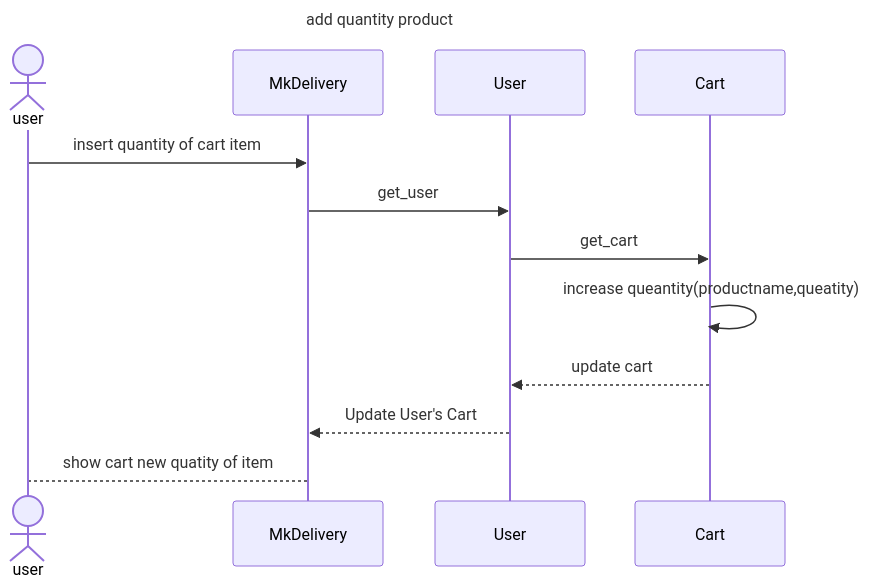
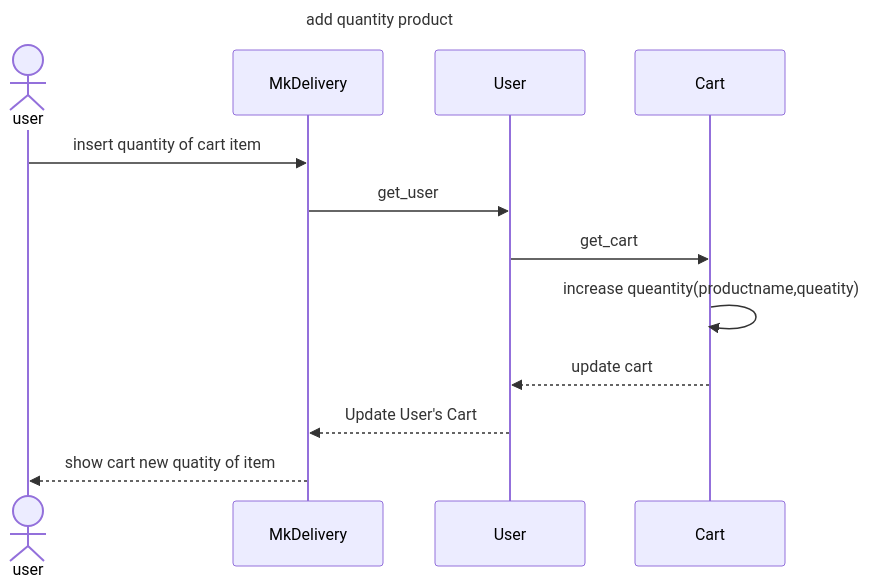
One commit to MxMhx/OOP_Project_MK_website changed the diagram in sequence_diag/cart/add quantity cartitem.mmd. Above: the diagram before and after it, drawn with Mermaid. The commit also changed 2 other files, not shown here.

```diff
--- a/sequence_diag/cart/add quantity cartitem.mmd
+++ b/sequence_diag/cart/add quantity cartitem.mmd
@@ -1,13 +1,13 @@
 sequenceDiagram
     title add quantity product
     actor user 
     participant MkDelivery
     participant User
     participant Cart 
     user ->> MkDelivery:insert quantity of cart item
     MkDelivery ->> User :get_user
     User ->> Cart : get_cart 
     Cart ->> Cart : increase queantity(productname,queatity)
     Cart -->> User :update cart 
     User -->> MkDelivery: Update User's Cart
-    MkDelivery --> user: show cart new quatity of item
+    MkDelivery -->> user: show cart new quatity of item
```
